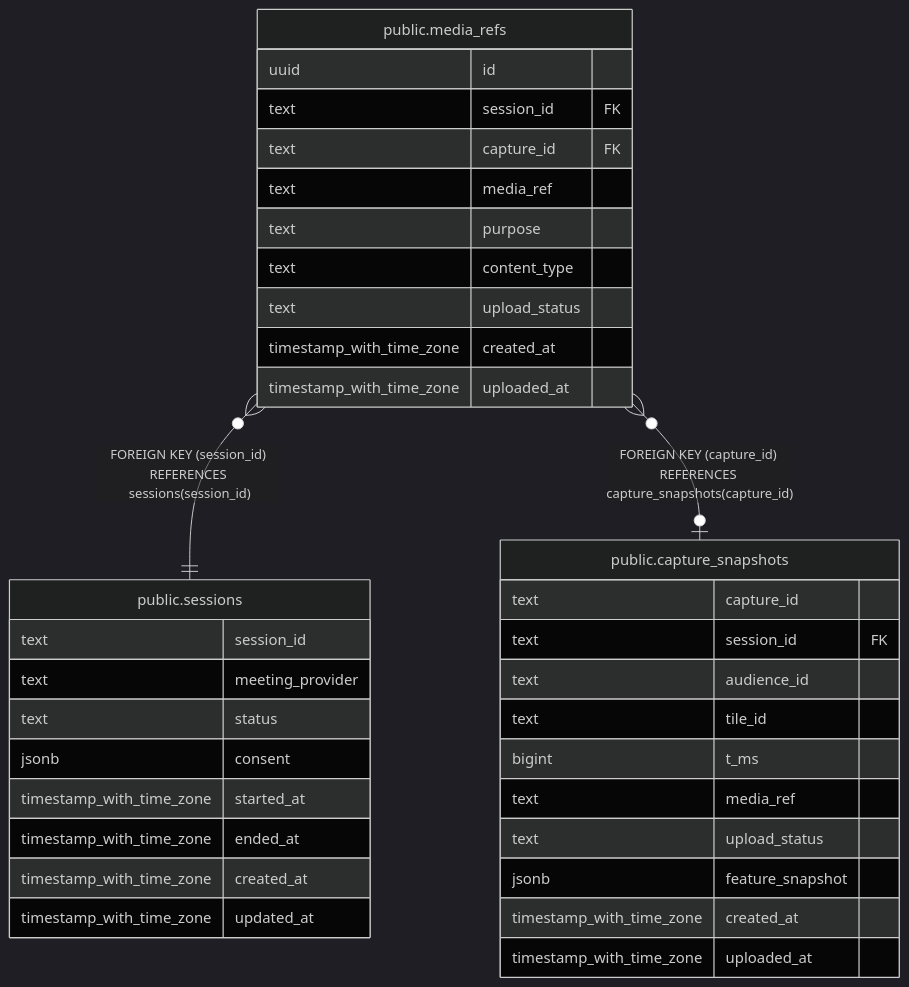
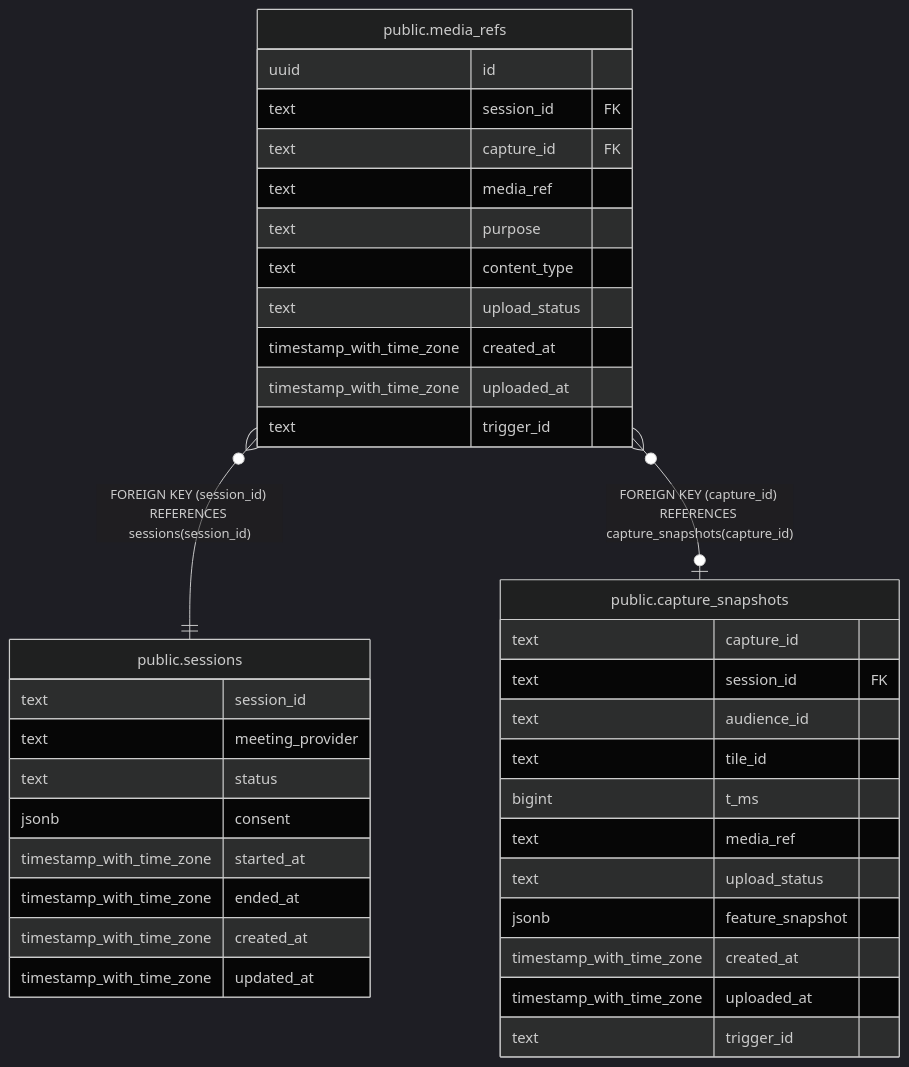
The diagram in docs/schema/public.media_refs.md (k-kanke/reaction-engine), drawn with Mermaid (dark theme) before and after one commit. The commit also changed other lines of this file and 9 other files, not shown here.

````diff
--- a/docs/schema/public.media_refs.md
+++ b/docs/schema/public.media_refs.md
@@ -38,40 +39,42 @@
 ```mermaid
 erDiagram
 
 "public.media_refs" }o--|| "public.sessions" : "FOREIGN KEY (session_id) REFERENCES sessions(session_id)"
 "public.media_refs" }o--o| "public.capture_snapshots" : "FOREIGN KEY (capture_id) REFERENCES capture_snapshots(capture_id)"
 
 "public.media_refs" {
   uuid id
   text session_id FK
   text capture_id FK
   text media_ref
   text purpose
   text content_type
   text upload_status
   timestamp_with_time_zone created_at
   timestamp_with_time_zone uploaded_at
+  text trigger_id
 }
 "public.sessions" {
   text session_id
   text meeting_provider
   text status
   jsonb consent
   timestamp_with_time_zone started_at
   timestamp_with_time_zone ended_at
   timestamp_with_time_zone created_at
   timestamp_with_time_zone updated_at
 }
 "public.capture_snapshots" {
   text capture_id
   text session_id FK
   text audience_id
   text tile_id
   bigint t_ms
   text media_ref
   text upload_status
   jsonb feature_snapshot
   timestamp_with_time_zone created_at
   timestamp_with_time_zone uploaded_at
+  text trigger_id
 }
 ```
````
